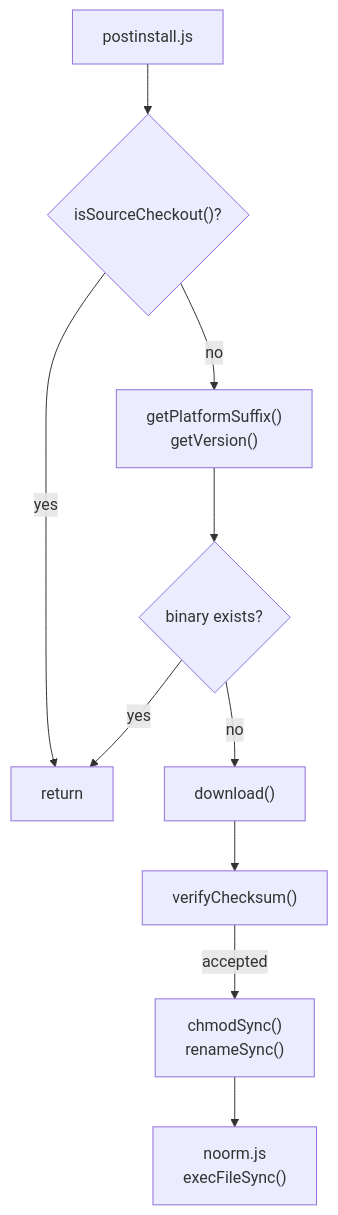
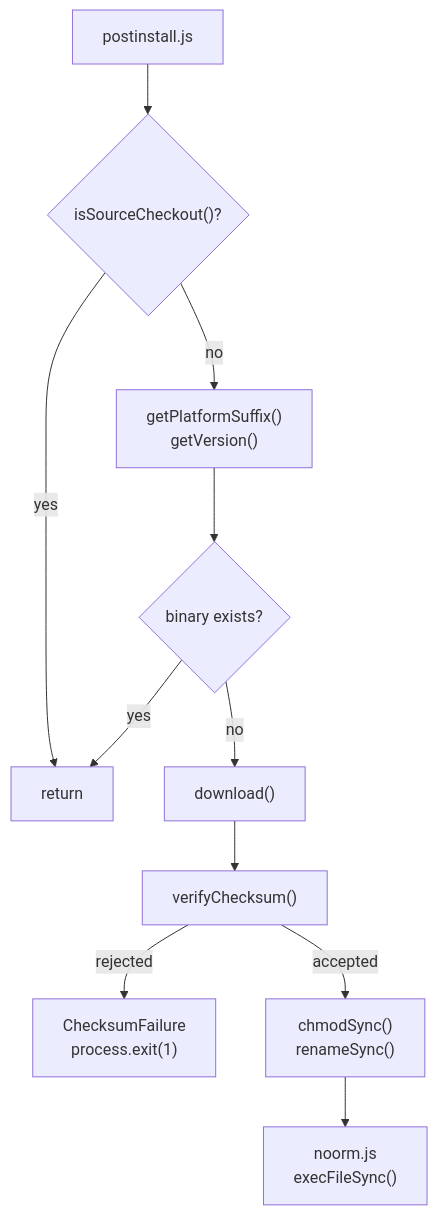
The eighth of 8 diagrams in docs/wiki/cli.md (noormdev/noorm), drawn with Mermaid before and after one commit. The commit also changed other lines of this file and 349 other files, not shown here.

````diff
--- a/docs/wiki/cli.md
+++ b/docs/wiki/cli.md
@@ -242,13 +256,14 @@
 ```mermaid
 flowchart TD
     %% source: packages/cli/scripts/postinstall.js, packages/cli/noorm.js
     A["postinstall.js"] --> B{"isSourceCheckout()?"}
     B -->|yes| C["return"]
     B -->|no| D["getPlatformSuffix()<br/>getVersion()"]
     D --> E{"binary exists?"}
     E -->|yes| C
     E -->|no| F["download()"]
     F --> G["verifyChecksum()"]
+    G -->|rejected| X["ChecksumFailure<br/>process.exit(1)"]
     G -->|accepted| H["chmodSync()<br/>renameSync()"]
     H --> I["noorm.js<br/>execFileSync()"]
 ```
````
